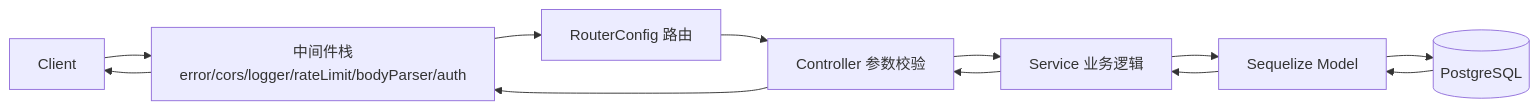
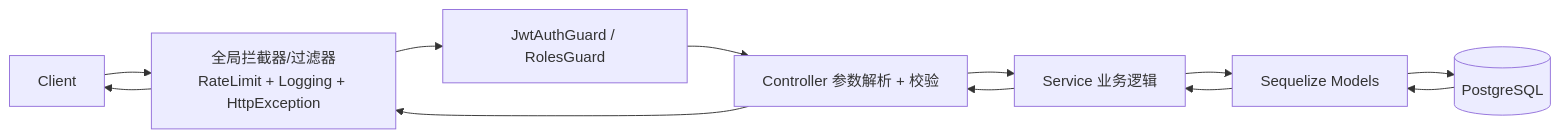
Before and after one commit to LZStarV/CSISP: the third of 3 diagrams in docs/src/architecture/技术架构设计文档.md, drawn with Mermaid. The commit also changed other lines of this file and 153 other files, not shown here.

````diff
--- a/docs/src/architecture/技术架构设计文档.md
+++ b/docs/src/architecture/技术架构设计文档.md
@@ -466,14 +357,14 @@
 ```mermaid
 flowchart LR
-  Client --> Koa[中间件栈\nerror/cors/logger/rateLimit/bodyParser/auth]
-  Koa --> Router[RouterConfig 路由]
-  Router --> Ctrl[Controller 参数校验]
+  Client --> Nest[全局拦截器/过滤器\nRateLimit + Logging + HttpException]
+  Nest --> Guard[JwtAuthGuard / RolesGuard]
+  Guard --> Ctrl[Controller 参数解析 + 校验]
   Ctrl --> Svc[Service 业务逻辑]
-  Svc --> ORM[Sequelize Model]
+  Svc --> ORM[Sequelize Models]
   ORM --> PG[(PostgreSQL)]
   PG --> ORM
   ORM --> Svc
   Svc --> Ctrl
-  Ctrl --> Koa
-  Koa --> Client
+  Ctrl --> Nest
+  Nest --> Client
 ```
````
